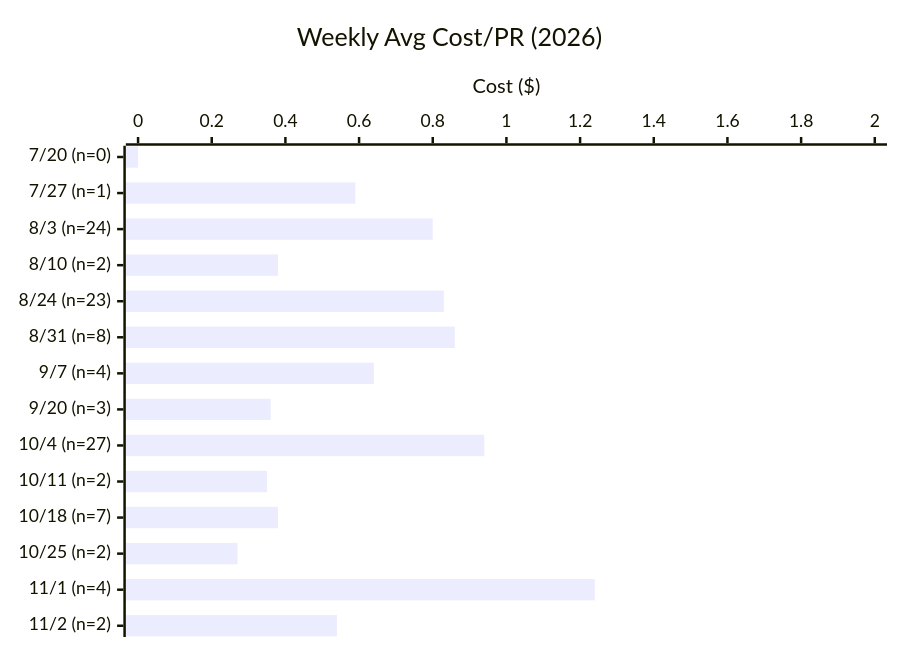
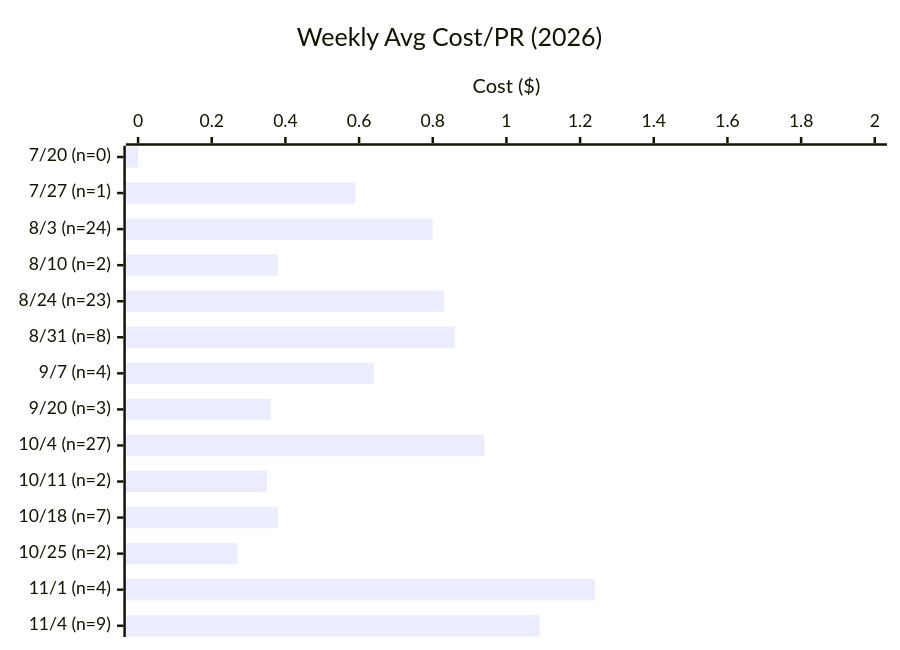
Before and after one commit to Sanctum-Origo-Systems/patina: the second of 3 diagrams in EVAL.md, drawn with Mermaid. The commit also changed other lines of this file and 1 other file, not shown here.

````diff
--- a/EVAL.md
+++ b/EVAL.md
@@ -27,7 +27,7 @@
 ```mermaid
 xychart-beta horizontal
     title "Weekly Avg Cost/PR (2026)"
-    x-axis ["7/20 (n=0)", "7/27 (n=1)", "8/3 (n=24)", "8/10 (n=2)", "8/24 (n=23)", "8/31 (n=8)", "9/7 (n=4)", "9/20 (n=3)", "10/4 (n=27)", "10/11 (n=2)", "10/18 (n=7)", "10/25 (n=2)", "11/1 (n=4)", "11/2 (n=2)"]
+    x-axis ["7/20 (n=0)", "7/27 (n=1)", "8/3 (n=24)", "8/10 (n=2)", "8/24 (n=23)", "8/31 (n=8)", "9/7 (n=4)", "9/20 (n=3)", "10/4 (n=27)", "10/11 (n=2)", "10/18 (n=7)", "10/25 (n=2)", "11/1 (n=4)", "11/4 (n=9)"]
     y-axis "Cost ($)" 0 --> 2
-    bar [0.00, 0.59, 0.80, 0.38, 0.83, 0.86, 0.64, 0.36, 0.94, 0.35, 0.38, 0.27, 1.24, 0.54]
+    bar [0.00, 0.59, 0.80, 0.38, 0.83, 0.86, 0.64, 0.36, 0.94, 0.35, 0.38, 0.27, 1.24, 1.09]
 ```
````
